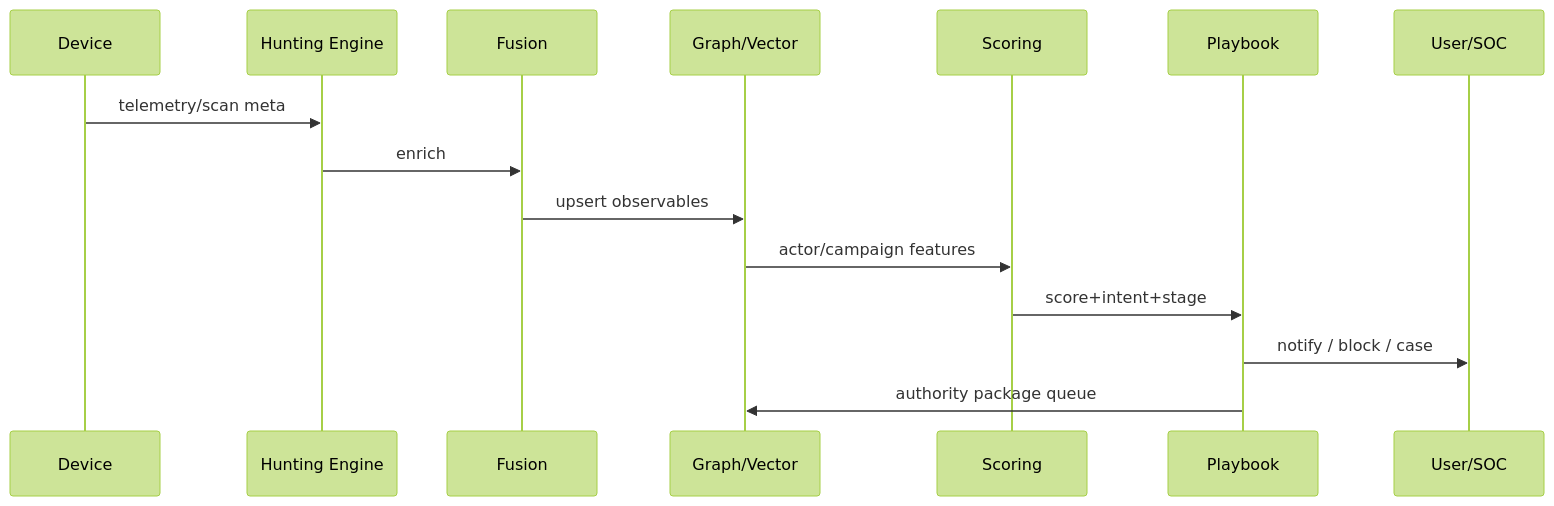
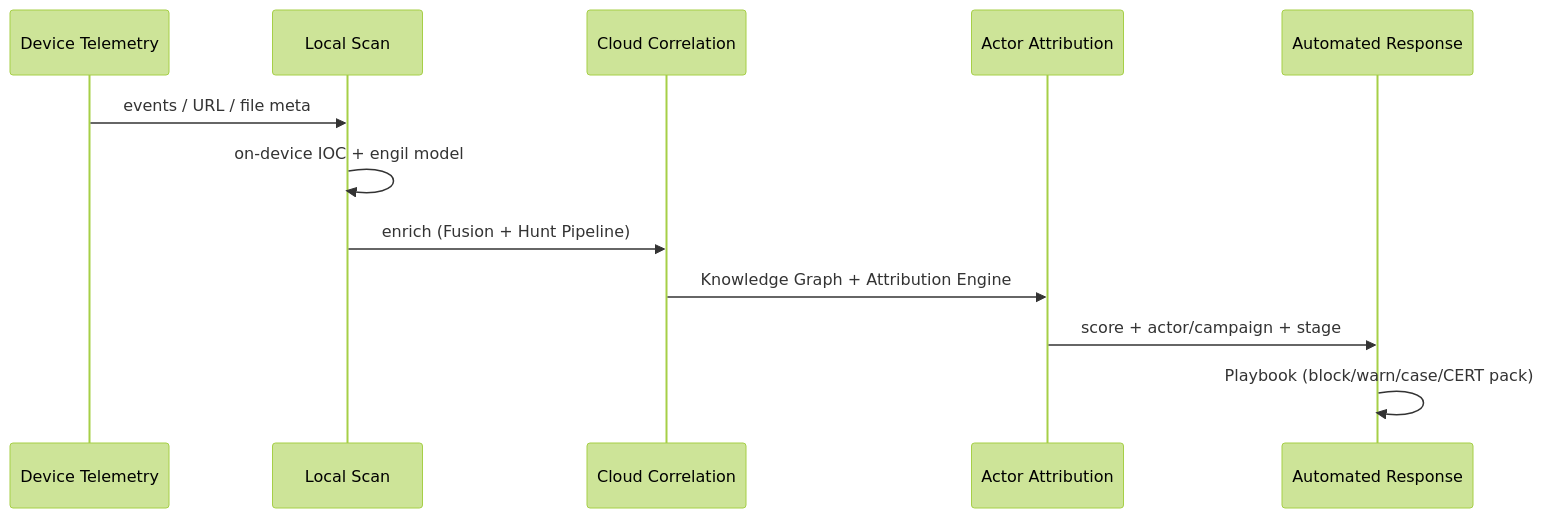
Before and after one commit to Kamol0303/CYBERHIMOYA: the second of 7 diagrams in docs/cyber-guardian-ai/APEX-MASTER-SPEC.md, drawn with Mermaid (forest theme). The commit also changed other lines of this file and 3 other files, not shown here.

First line of the commit message:
Patch master spec v5.1: roles, mission, matrix 24-29, arch flow

````diff
--- a/docs/cyber-guardian-ai/APEX-MASTER-SPEC.md
+++ b/docs/cyber-guardian-ai/APEX-MASTER-SPEC.md
@@ -216,17 +236,14 @@
 ```mermaid
 sequenceDiagram
-  participant D as Device
-  participant H as Hunting Engine
-  participant F as Fusion
-  participant G as Graph/Vector
-  participant S as Scoring
-  participant P as Playbook
-  participant U as User/SOC
-  D->>H: telemetry/scan meta
-  H->>F: enrich
-  F->>G: upsert observables
-  G->>S: actor/campaign features
-  S->>P: score+intent+stage
-  P->>U: notify / block / case
-  P->>G: authority package queue
+  participant D as Device Telemetry
+  participant L as Local Scan
+  participant C as Cloud Correlation
+  participant A as Actor Attribution
+  participant R as Automated Response
+  D->>L: events / URL / file meta
+  L->>L: on-device IOC + engil model
+  L->>C: enrich (Fusion + Hunt Pipeline)
+  C->>A: Knowledge Graph + Attribution Engine
+  A->>R: score + actor/campaign + stage
+  R->>R: Playbook (block/warn/case/CERT pack)
 ```
````
